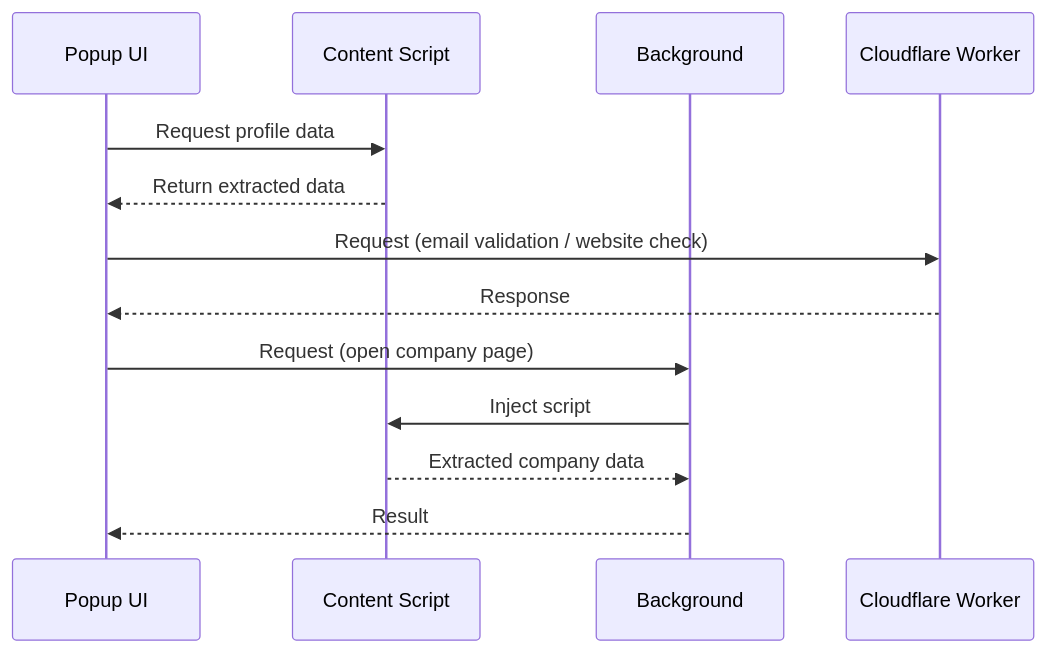
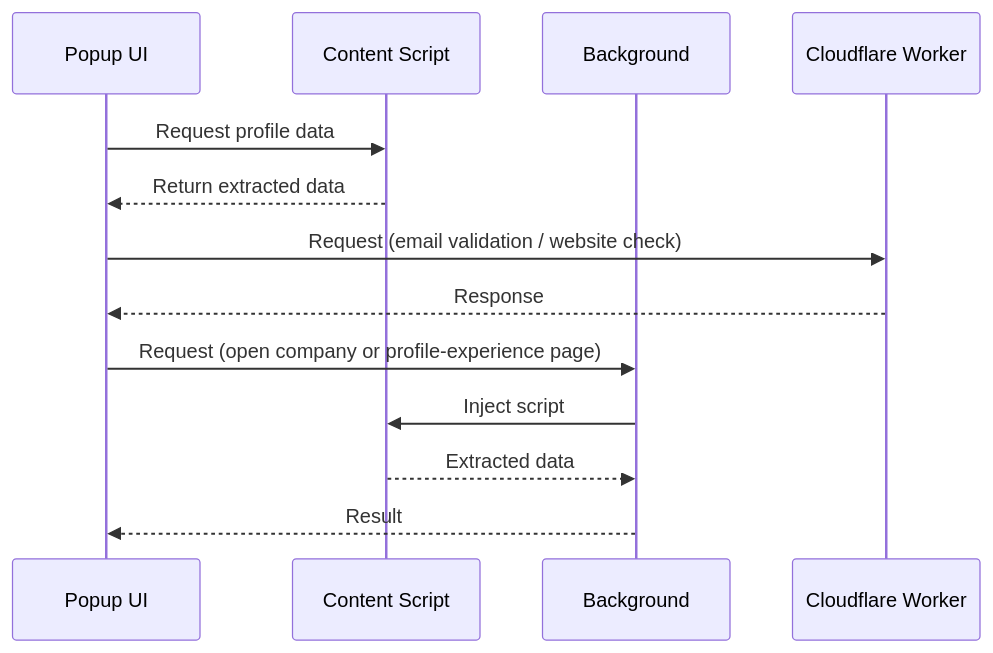
One commit to VitaliiMysko/LeadGenerator changed the fourth of 4 diagrams in docs/architecture.md. Above: the diagram before and after it, drawn with Mermaid. The commit also changed other lines of this file and 5 other files, not shown here.

````diff
--- a/docs/architecture.md
+++ b/docs/architecture.md
@@ -535,18 +153,16 @@
 ```mermaid
 sequenceDiagram
     participant UI as Popup UI
     participant CS as Content Script
     participant BG as Background
     participant API as Cloudflare Worker
 
     UI->>CS: Request profile data
     CS-->>UI: Return extracted data
-
     UI->>API: Request (email validation / website check)
     API-->>UI: Response
-
-    UI->>BG: Request (open company page)
+    UI->>BG: Request (open company or profile-experience page)
     BG->>CS: Inject script
-    CS-->>BG: Extracted company data
+    CS-->>BG: Extracted data
     BG-->>UI: Result
 ```
````
